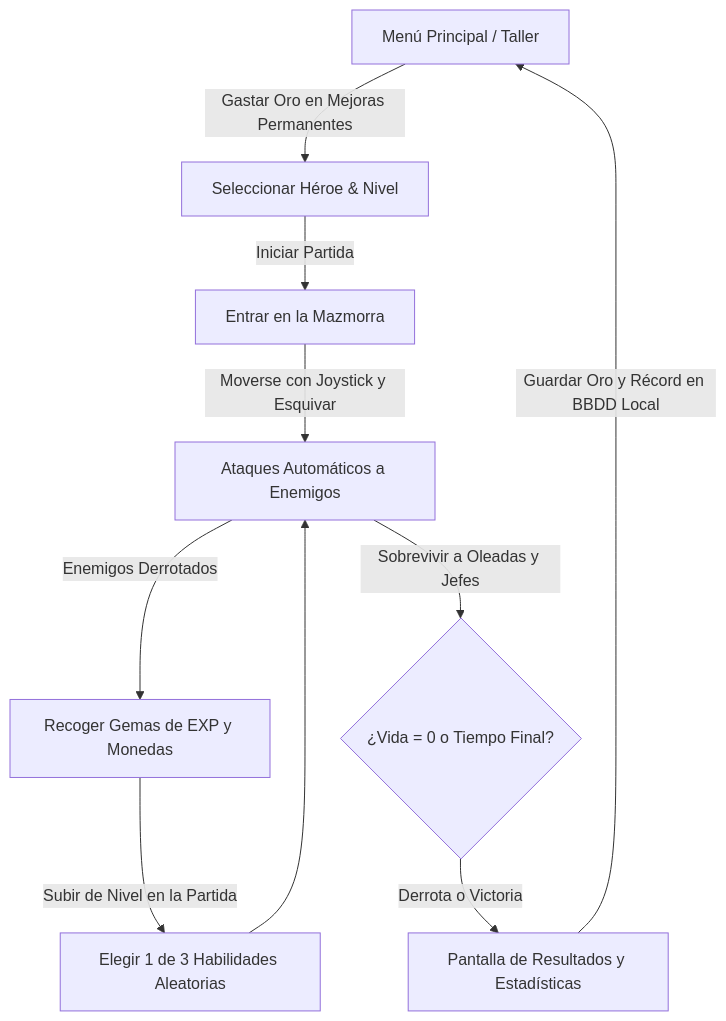
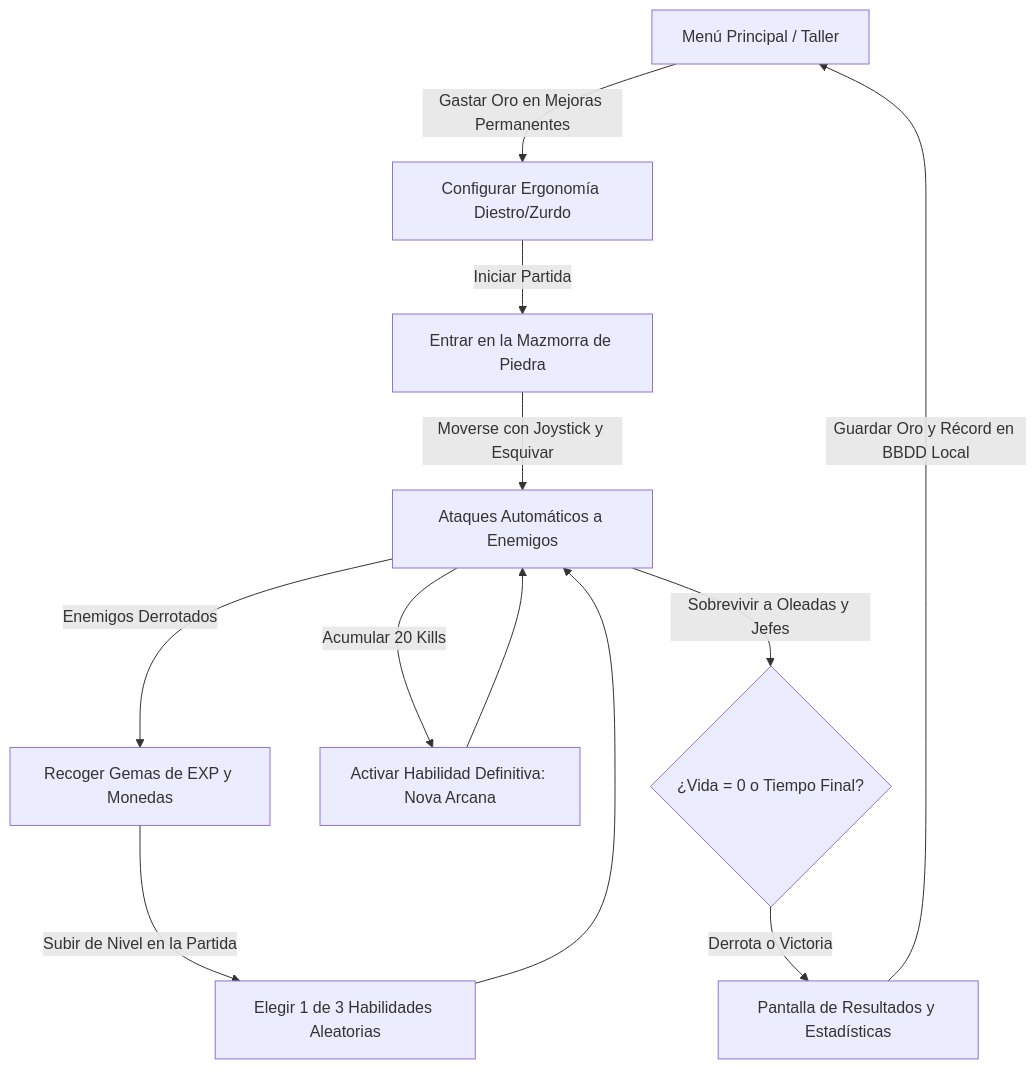
Before and after one commit to blascojavi/DungeonSurvivor: the diagram in juego.md, drawn with Mermaid. The commit also changed other lines of this file and 4 other files, not shown here.

````diff
--- a/juego.md
+++ b/juego.md
@@ -20,12 +21,14 @@
 ```mermaid
 graph TD
-    A[Menú Principal / Taller] -->|Gastar Oro en Mejoras Permanentes| B[Seleccionar Héroe & Nivel]
-    B -->|Iniciar Partida| C[Entrar en la Mazmorra]
+    A[Menú Principal / Taller] -->|Gastar Oro en Mejoras Permanentes| B[Configurar Ergonomía Diestro/Zurdo]
+    B -->|Iniciar Partida| C[Entrar en la Mazmorra de Piedra]
     C -->|Moverse con Joystick y Esquivar| D[Ataques Automáticos a Enemigos]
     D -->|Enemigos Derrotados| E[Recoger Gemas de EXP y Monedas]
     E -->|Subir de Nivel en la Partida| F[Elegir 1 de 3 Habilidades Aleatorias]
     F --> D
+    D -->|Acumular 20 Kills| U[Activar Habilidad Definitiva: Nova Arcana]
+    U --> D
     D -->|Sobrevivir a Oleadas y Jefes| G{¿Vida = 0 o Tiempo Final?}
     G -->|Derrota o Victoria| H[Pantalla de Resultados y Estadísticas]
     H -->|Guardar Oro y Récord en BBDD Local| A
 ```
````
